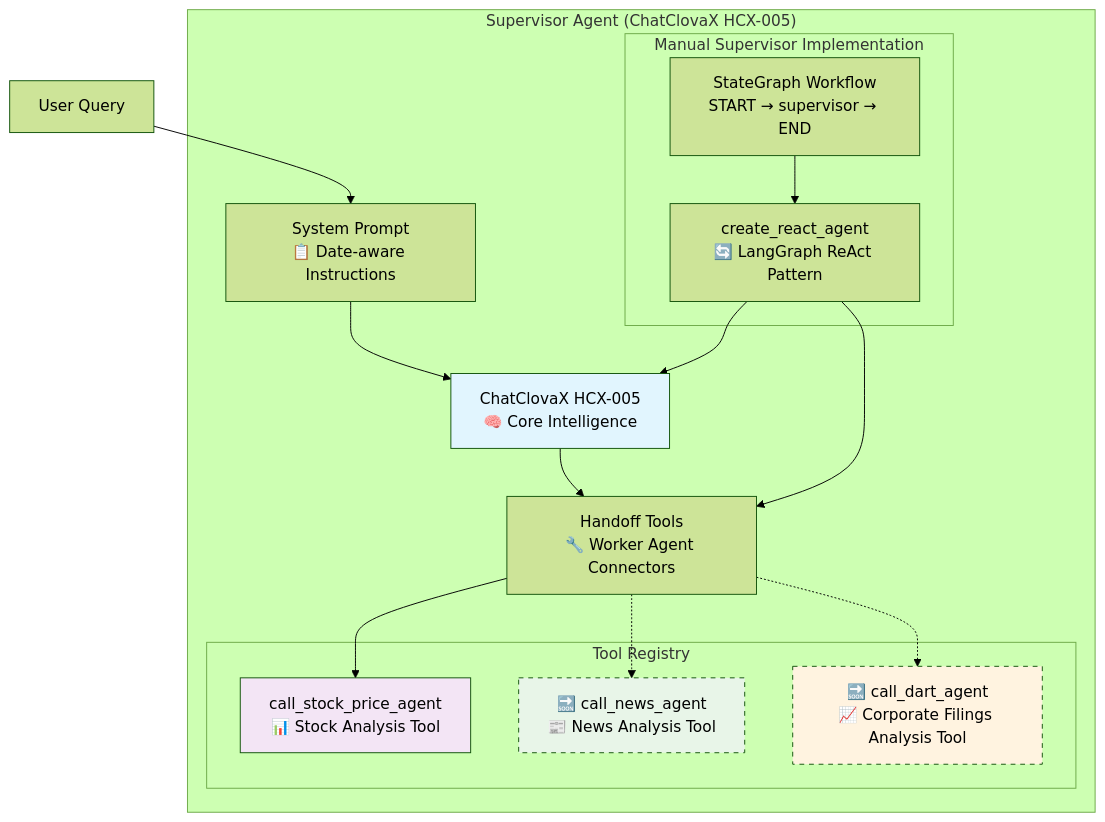
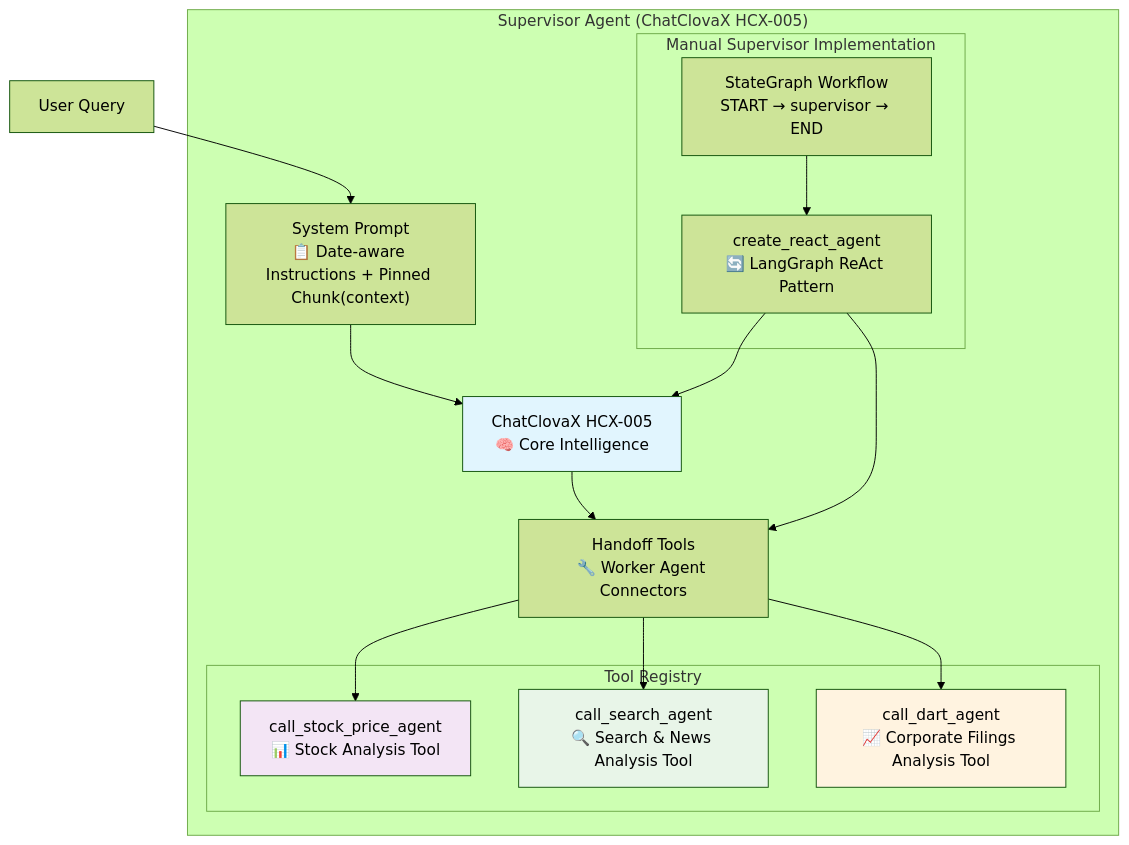
The sixth of 21 diagrams in backend/MULTI_AGENT_SYSTEM_DOCUMENTATION.md (yuujinnn/Stockreport-reader), drawn with Mermaid (forest theme) before and after one commit. The commit also changed other lines of this file and 5 other files, not shown here.

````diff
--- a/backend/MULTI_AGENT_SYSTEM_DOCUMENTATION.md
+++ b/backend/MULTI_AGENT_SYSTEM_DOCUMENTATION.md
@@ -179,35 +313,35 @@
 ```mermaid
 flowchart TD
     subgraph "Supervisor Agent (ChatClovaX HCX-005)"
-        Prompt[System Prompt<br/>📋 Date-aware Instructions]
+        Prompt["System Prompt<br/>📋 Date-aware Instructions + Pinned Chunk(context)"]
         LLM[ChatClovaX HCX-005<br/>🧠 Core Intelligence]
         Tools[Handoff Tools<br/>🔧 Worker Agent Connectors]
         
         subgraph "Tool Registry"
             StockTool[call_stock_price_agent<br/>📊 Stock Analysis Tool]
-            NewsTool[🔜 call_news_agent<br/>📰 News Analysis Tool]
-            DARTTool[🔜 call_dart_agent<br/>📈 Corporate Filings Analysis Tool]
+            SearchTool[call_search_agent<br/>🔍 Search & News Analysis Tool]
+            DARTTool[call_dart_agent<br/>📈 Corporate Filings Analysis Tool]
         end
         
         subgraph "Manual Supervisor Implementation"
             ReactAgent[create_react_agent<br/>🔄 LangGraph ReAct Pattern]
             Workflow[StateGraph Workflow<br/>START → supervisor → END]
         end
     end
     
     UserQuery[User Query] --> Prompt
     Prompt --> LLM
     LLM --> Tools
     Tools --> StockTool
-    Tools -.-> NewsTool
-    Tools -.-> DARTTool
+    Tools --> SearchTool
+    Tools --> DARTTool
     
     ReactAgent --> LLM
     ReactAgent --> Tools
     Workflow --> ReactAgent
     
     style LLM fill:#e1f5fe
     style StockTool fill:#f3e5f5
-    style NewsTool fill:#e8f5e8,stroke-dasharray: 5 5
-    style DARTTool fill:#fff3e0,stroke-dasharray: 5 5
+    style SearchTool fill:#e8f5e8
+    style DARTTool fill:#fff3e0
 ```
````
